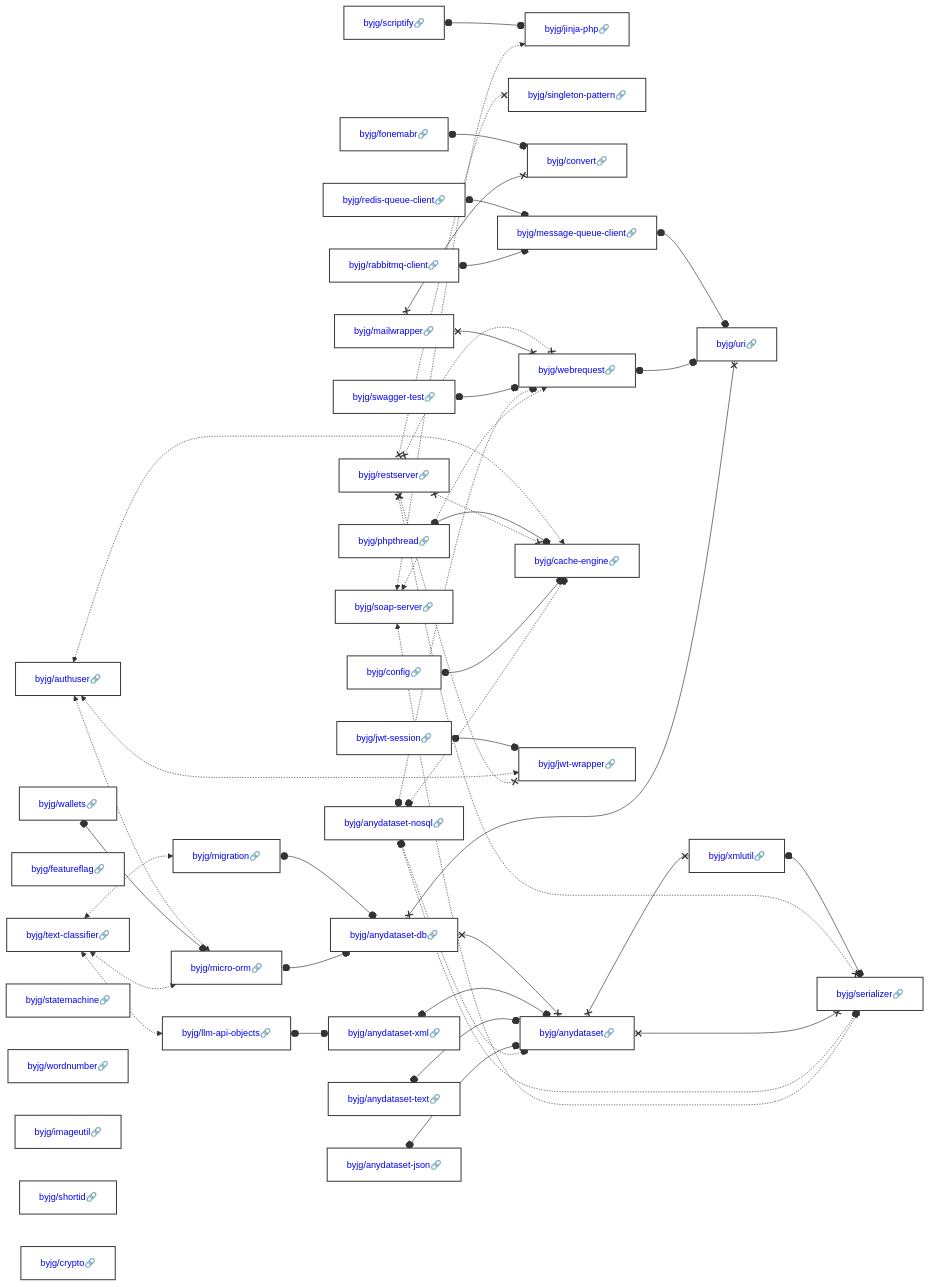
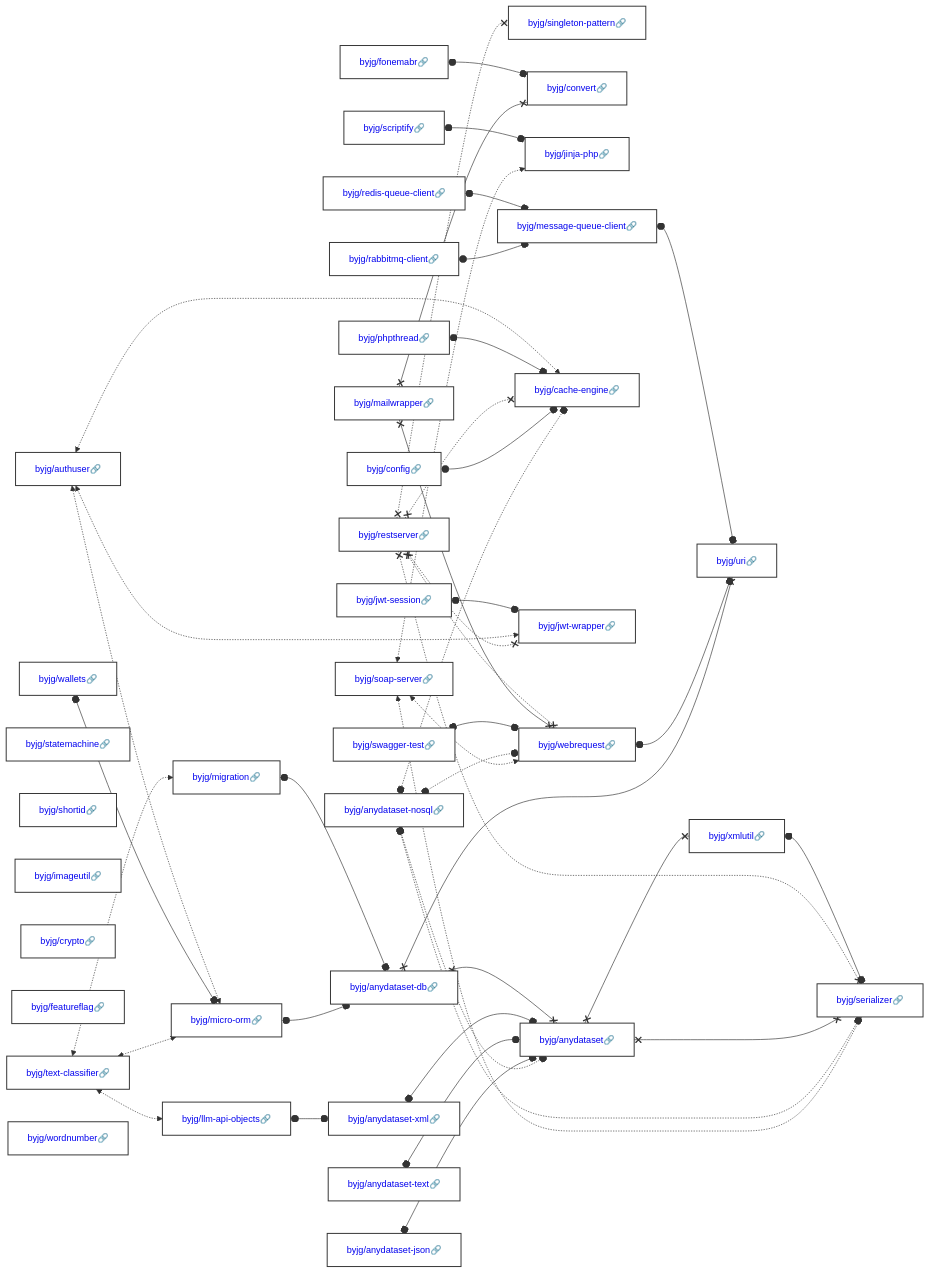
The diagram in docs/php/README.md (byjg/byjg.github.io), drawn with Mermaid before and after one commit. The commit also changed other lines of this file and 1 other file, not shown here.

Commit message:
Update documentation 'php' 'php-micro-orm'

````diff
--- a/docs/php/README.md
+++ b/docs/php/README.md
@@ -3,42 +3,42 @@
 ```mermaid
 graph LR;
+  byjg/restserver[<a href='https://opensource.byjg.com/docs/php/restserver' style='text-decoration:none'>byjg/restserver🔗</a>];
+  byjg/config[<a href='https://opensource.byjg.com/docs/php/config' style='text-decoration:none'>byjg/config🔗</a>];
+  byjg/fonemabr[<a href='https://opensource.byjg.com/docs/php/fonemabr' style='text-decoration:none'>byjg/fonemabr🔗</a>];
+  byjg/text-classifier[<a href='https://opensource.byjg.com/docs/php/text-classifier' style='text-decoration:none'>byjg/text-classifier🔗</a>];
+  byjg/swagger-test[<a href='https://opensource.byjg.com/docs/php/swagger-test' style='text-decoration:none'>byjg/swagger-test🔗</a>];
+  byjg/wallets[<a href='https://opensource.byjg.com/docs/php/wallets' style='text-decoration:none'>byjg/wallets🔗</a>];
+  byjg/soap-server[<a href='https://opensource.byjg.com/docs/php/soap-server' style='text-decoration:none'>byjg/soap-server🔗</a>];
+  byjg/statemachine[<a href='https://opensource.byjg.com/docs/php/statemachine' style='text-decoration:none'>byjg/statemachine🔗</a>];
+  byjg/mailwrapper[<a href='https://opensource.byjg.com/docs/php/mailwrapper' style='text-decoration:none'>byjg/mailwrapper🔗</a>];
+  byjg/scriptify[<a href='https://opensource.byjg.com/docs/php/scriptify' style='text-decoration:none'>byjg/scriptify🔗</a>];
+  byjg/shortid[<a href='https://opensource.byjg.com/docs/php/shortid' style='text-decoration:none'>byjg/shortid🔗</a>];
+  byjg/imageutil[<a href='https://opensource.byjg.com/docs/php/imageutil' style='text-decoration:none'>byjg/imageutil🔗</a>];
+  byjg/anydataset-nosql[<a href='https://opensource.byjg.com/docs/php/anydataset-nosql' style='text-decoration:none'>byjg/anydataset-nosql🔗</a>];
+  byjg/phpthread[<a href='https://opensource.byjg.com/docs/php/phpthread' style='text-decoration:none'>byjg/phpthread🔗</a>];
+  byjg/crypto[<a href='https://opensource.byjg.com/docs/php/crypto' style='text-decoration:none'>byjg/crypto🔗</a>];
+  byjg/featureflag[<a href='https://opensource.byjg.com/docs/php/featureflag' style='text-decoration:none'>byjg/featureflag🔗</a>];
+  byjg/jwt-session[<a href='https://opensource.byjg.com/docs/php/jwt-session' style='text-decoration:none'>byjg/jwt-session🔗</a>];
+  byjg/authuser[<a href='https://opensource.byjg.com/docs/php/authuser' style='text-decoration:none'>byjg/authuser🔗</a>];
   byjg/anydataset-text[<a href='https://opensource.byjg.com/docs/php/anydataset-text' style='text-decoration:none'>byjg/anydataset-text🔗</a>];
-  byjg/wallets[<a href='https://opensource.byjg.com/docs/php/wallets' style='text-decoration:none'>byjg/wallets🔗</a>];
-  byjg/scriptify[<a href='https://opensource.byjg.com/docs/php/scriptify' style='text-decoration:none'>byjg/scriptify🔗</a>];
-  byjg/phpthread[<a href='https://opensource.byjg.com/docs/php/phpthread' style='text-decoration:none'>byjg/phpthread🔗</a>];
-  byjg/soap-server[<a href='https://opensource.byjg.com/docs/php/soap-server' style='text-decoration:none'>byjg/soap-server🔗</a>];
-  byjg/authuser[<a href='https://opensource.byjg.com/docs/php/authuser' style='text-decoration:none'>byjg/authuser🔗</a>];
-  byjg/featureflag[<a href='https://opensource.byjg.com/docs/php/featureflag' style='text-decoration:none'>byjg/featureflag🔗</a>];
   byjg/anydataset-json[<a href='https://opensource.byjg.com/docs/php/anydataset-json' style='text-decoration:none'>byjg/anydataset-json🔗</a>];
-  byjg/restserver[<a href='https://opensource.byjg.com/docs/php/restserver' style='text-decoration:none'>byjg/restserver🔗</a>];
-  byjg/mailwrapper[<a href='https://opensource.byjg.com/docs/php/mailwrapper' style='text-decoration:none'>byjg/mailwrapper🔗</a>];
-  byjg/text-classifier[<a href='https://opensource.byjg.com/docs/php/text-classifier' style='text-decoration:none'>byjg/text-classifier🔗</a>];
-  byjg/fonemabr[<a href='https://opensource.byjg.com/docs/php/fonemabr' style='text-decoration:none'>byjg/fonemabr🔗</a>];
-  byjg/statemachine[<a href='https://opensource.byjg.com/docs/php/statemachine' style='text-decoration:none'>byjg/statemachine🔗</a>];
   byjg/wordnumber[<a href='https://opensource.byjg.com/docs/php/wordnumber' style='text-decoration:none'>byjg/wordnumber🔗</a>];
-  byjg/config[<a href='https://opensource.byjg.com/docs/php/config' style='text-decoration:none'>byjg/config🔗</a>];
   byjg/redis-queue-client[<a href='https://opensource.byjg.com/docs/php/redis-queue-client' style='text-decoration:none'>byjg/redis-queue-client🔗</a>];
-  byjg/swagger-test[<a href='https://opensource.byjg.com/docs/php/swagger-test' style='text-decoration:none'>byjg/swagger-test🔗</a>];
-  byjg/imageutil[<a href='https://opensource.byjg.com/docs/php/imageutil' style='text-decoration:none'>byjg/imageutil🔗</a>];
-  byjg/shortid[<a href='https://opensource.byjg.com/docs/php/shortid' style='text-decoration:none'>byjg/shortid🔗</a>];
   byjg/rabbitmq-client[<a href='https://opensource.byjg.com/docs/php/rabbitmq-client' style='text-decoration:none'>byjg/rabbitmq-client🔗</a>];
-  byjg/anydataset-nosql[<a href='https://opensource.byjg.com/docs/php/anydataset-nosql' style='text-decoration:none'>byjg/anydataset-nosql🔗</a>];
-  byjg/jwt-session[<a href='https://opensource.byjg.com/docs/php/jwt-session' style='text-decoration:none'>byjg/jwt-session🔗</a>];
-  byjg/crypto[<a href='https://opensource.byjg.com/docs/php/crypto' style='text-decoration:none'>byjg/crypto🔗</a>];
-  byjg/jinja-php[<a href='https://opensource.byjg.com/docs/php/jinja-php' style='text-decoration:none'>byjg/jinja-php🔗</a>];
   byjg/singleton-pattern[<a href='https://opensource.byjg.com/docs/php/singleton-pattern' style='text-decoration:none'>byjg/singleton-pattern🔗</a>];
-  byjg/micro-orm[<a href='https://opensource.byjg.com/docs/php/micro-orm' style='text-decoration:none'>byjg/micro-orm🔗</a>];
   byjg/migration[<a href='https://opensource.byjg.com/docs/php/migration' style='text-decoration:none'>byjg/migration🔗</a>];
   byjg/llm-api-objects[<a href='https://opensource.byjg.com/docs/php/llm-api-objects' style='text-decoration:none'>byjg/llm-api-objects🔗</a>];
   byjg/convert[<a href='https://opensource.byjg.com/docs/php/convert' style='text-decoration:none'>byjg/convert🔗</a>];
-  byjg/message-queue-client[<a href='https://opensource.byjg.com/docs/php/message-queue-client' style='text-decoration:none'>byjg/message-queue-client🔗</a>];
+  byjg/jinja-php[<a href='https://opensource.byjg.com/docs/php/jinja-php' style='text-decoration:none'>byjg/jinja-php🔗</a>];
   byjg/webrequest[<a href='https://opensource.byjg.com/docs/php/webrequest' style='text-decoration:none'>byjg/webrequest🔗</a>];
+  byjg/micro-orm[<a href='https://opensource.byjg.com/docs/php/micro-orm' style='text-decoration:none'>byjg/micro-orm🔗</a>];
   byjg/cache-engine[<a href='https://opensource.byjg.com/docs/php/cache-engine' style='text-decoration:none'>byjg/cache-engine🔗</a>];
   byjg/jwt-wrapper[<a href='https://opensource.byjg.com/docs/php/jwt-wrapper' style='text-decoration:none'>byjg/jwt-wrapper🔗</a>];
+  byjg/message-queue-client[<a href='https://opensource.byjg.com/docs/php/message-queue-client' style='text-decoration:none'>byjg/message-queue-client🔗</a>];
+  byjg/anydataset-xml[<a href='https://opensource.byjg.com/docs/php/anydataset-xml' style='text-decoration:none'>byjg/anydataset-xml🔗</a>];
   byjg/anydataset-db[<a href='https://opensource.byjg.com/docs/php/anydataset-db' style='text-decoration:none'>byjg/anydataset-db🔗</a>];
-  byjg/anydataset-xml[<a href='https://opensource.byjg.com/docs/php/anydataset-xml' style='text-decoration:none'>byjg/anydataset-xml🔗</a>];
+  byjg/anydataset[<a href='https://opensource.byjg.com/docs/php/anydataset' style='text-decoration:none'>byjg/anydataset🔗</a>];
   byjg/uri[<a href='https://opensource.byjg.com/docs/php/uri' style='text-decoration:none'>byjg/uri🔗</a>];
-  byjg/anydataset[<a href='https://opensource.byjg.com/docs/php/anydataset' style='text-decoration:none'>byjg/anydataset🔗</a>];
   byjg/xmlutil[<a href='https://opensource.byjg.com/docs/php/xmlutil' style='text-decoration:none'>byjg/xmlutil🔗</a>];
   byjg/serializer[<a href='https://opensource.byjg.com/docs/php/serializer' style='text-decoration:none'>byjg/serializer🔗</a>];
   byjg/soap-server <-.-> byjg/jinja-php;
````
